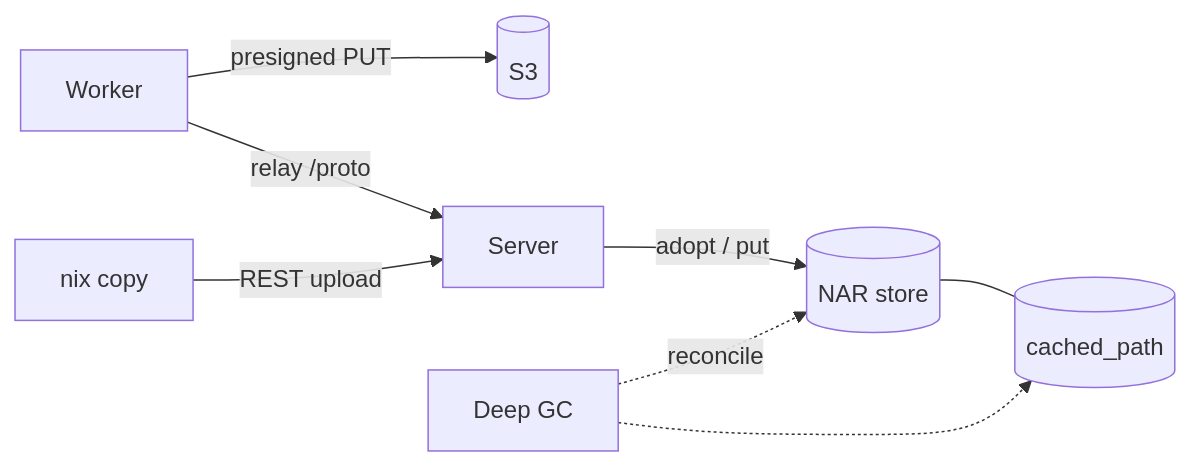
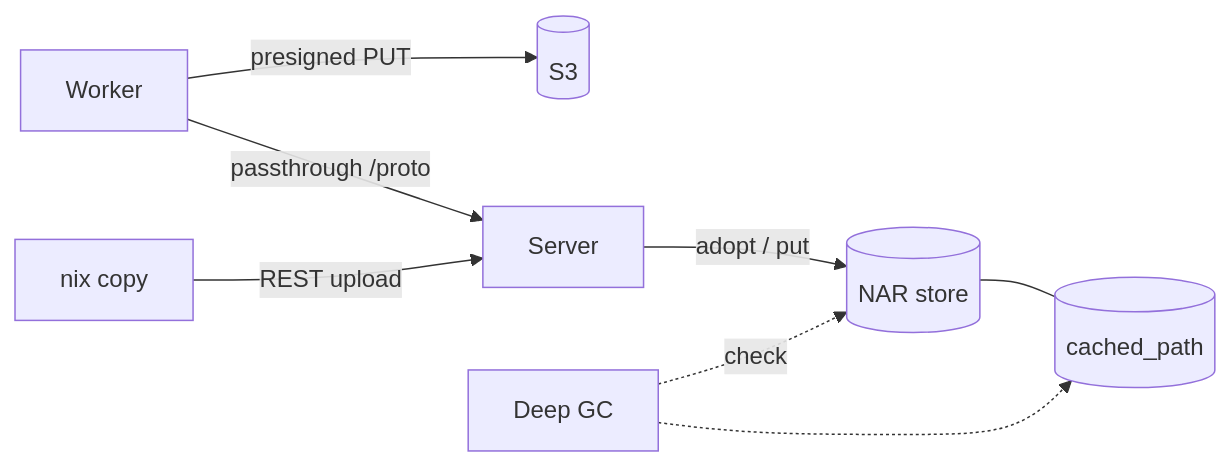
One commit to wavelens/gradient changed the diagram in docs/src/contributors/internals/nar-storage.md. Above: the diagram before and after it, drawn with Mermaid. The commit also changed other lines of this file and 61 other files, not shown here.

````diff
--- a/docs/src/contributors/internals/nar-storage.md
+++ b/docs/src/contributors/internals/nar-storage.md
@@ -5,10 +5,10 @@
 ```mermaid
 flowchart LR
     w[Worker] -->|presigned PUT| s3[(S3)]
-    w -->|relay /proto| srv[Server]
+    w -->|passthrough /proto| srv[Server]
     cli[nix copy] -->|REST upload| srv
     srv -->|adopt / put| store[(NAR store)]
     store --- db[(cached_path)]
-    gc[Deep GC] -.->|reconcile| store
+    gc[Deep GC] -.->|check| store
     gc -.-> db
 ```
````
